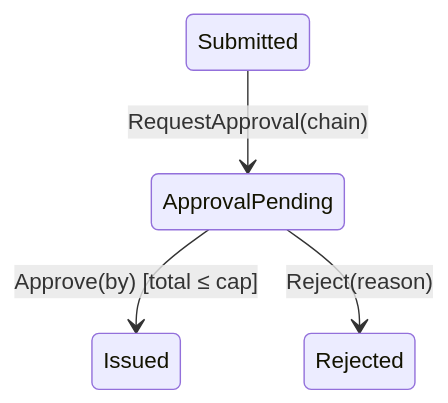
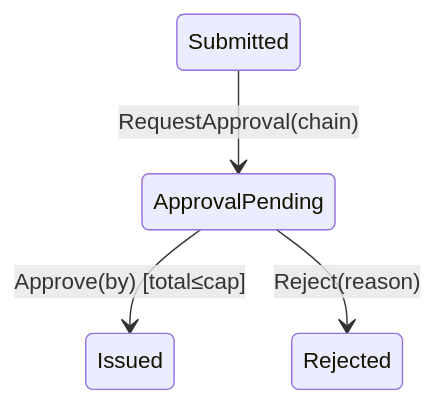
One commit to wahidyankf/baseerah changed the second of 26 diagrams in apps/ayokoding-www/content/en/learn/software-engineering/software-architecture/domain-driven-design-ddd/in-procedural-by-example/intermediate.md. Above: the diagram before and after it, drawn with Mermaid. The commit also changed other lines of this file and 88 other files, not shown here.

First line of the commit message:
fix(ayokoding-www): resolve pre-existing Mermaid violations, exclude fixtures/plans-done

````diff
--- a/apps/ayokoding-www/content/en/learn/software-engineering/software-architecture/domain-driven-design-ddd/in-procedural-by-example/intermediate.md
+++ b/apps/ayokoding-www/content/en/learn/software-engineering/software-architecture/domain-driven-design-ddd/in-procedural-by-example/intermediate.md
@@ -159,6 +159,6 @@
 ```mermaid
 stateDiagram-v2
     Submitted --> ApprovalPending: RequestApproval#40;chain#41;
-    ApprovalPending --> Issued: Approve#40;by#41; [total ≤ cap]
+    ApprovalPending --> Issued: Approve#40;by#41; [total≤cap]
     ApprovalPending --> Rejected: Reject#40;reason#41;
 ```
````
